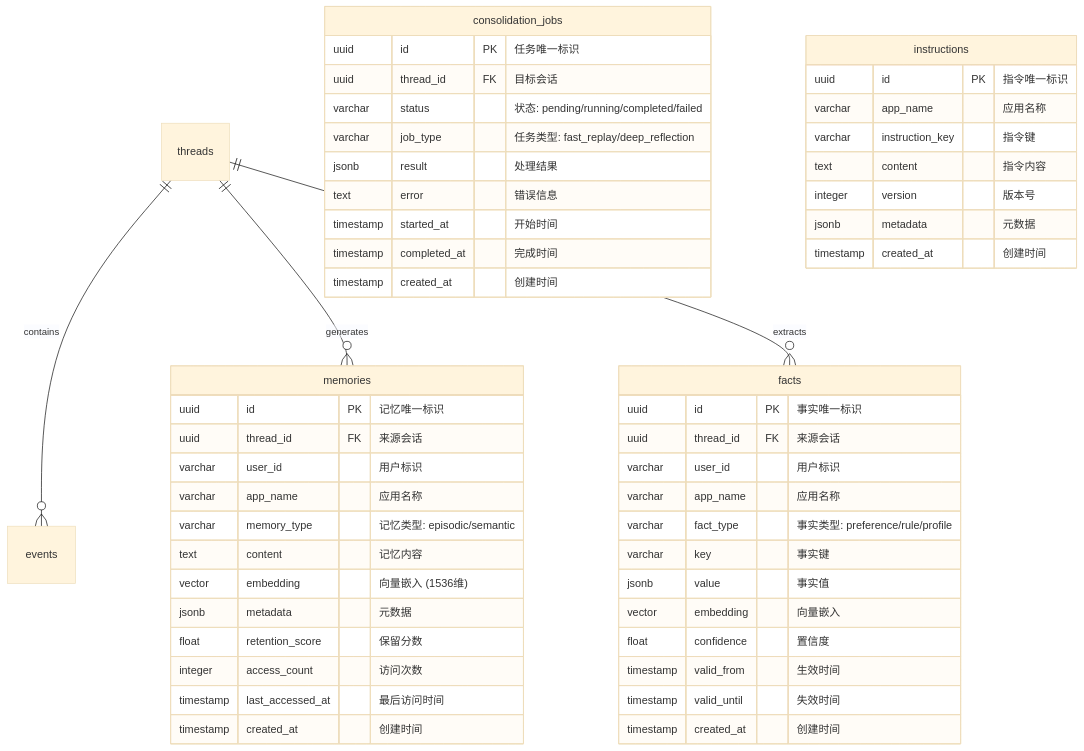
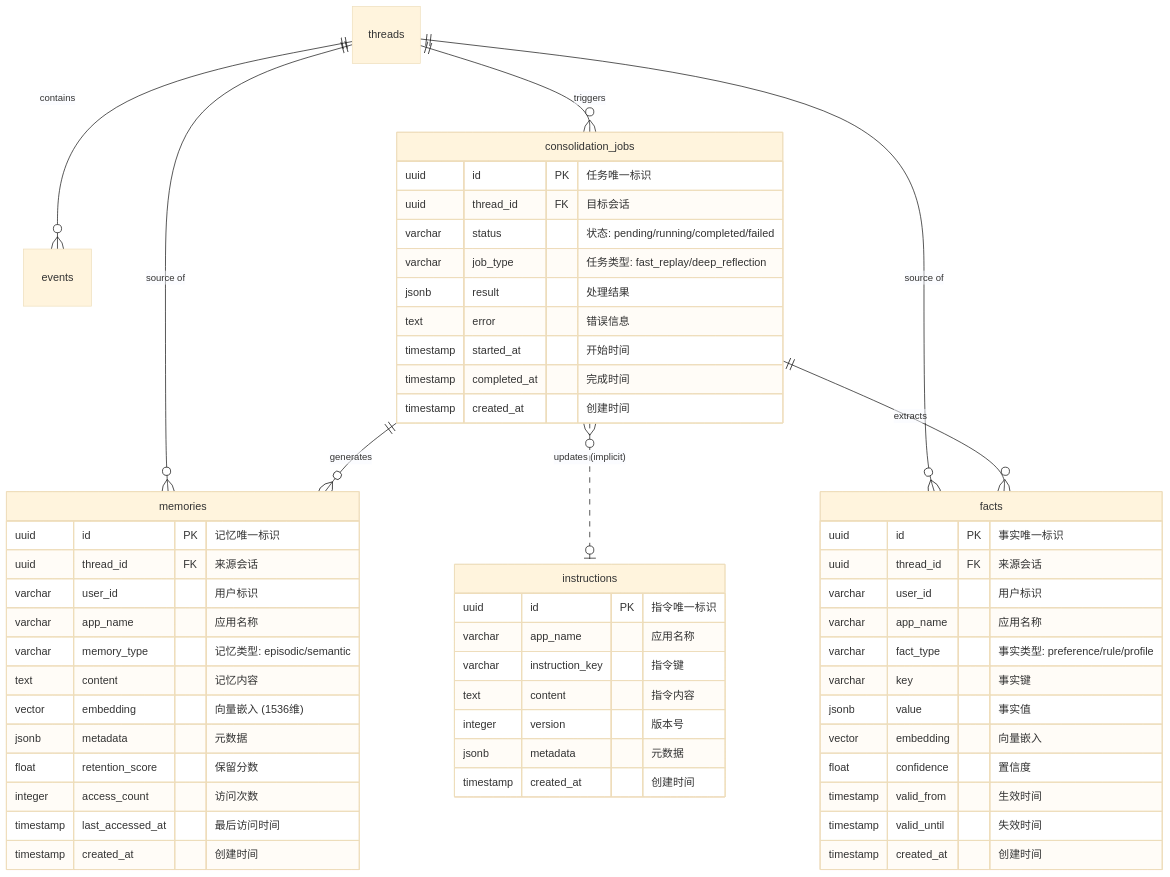
The fourth of 7 diagrams in docs/engine/020-the-hippocampus.md (ThreeFish-AI/agentic-ai-cognizes), drawn with Mermaid (base theme) before and after one commit. The commit also changed other lines of this file, not shown here.

````diff
--- a/docs/engine/020-the-hippocampus.md
+++ b/docs/engine/020-the-hippocampus.md
@@ -417,58 +328,67 @@
 ```mermaid
 erDiagram
+    %% Core Relationships
     threads ||--o{ events : contains
-    threads ||--o{ memories : generates
-    threads ||--o{ facts : extracts
+    threads ||--o{ consolidation_jobs : triggers
+
+    %% Process Flow: Inflow
+    consolidation_jobs ||--o{ memories : generates
+    consolidation_jobs ||--o{ facts : extracts
+    consolidation_jobs }o..o| instructions : "updates (implicit)"
+
+    %% Data Ownership (FKs)
+    threads ||--o{ memories : "source of"
+    threads ||--o{ facts : "source of"
 
     memories {
         uuid id PK "记忆唯一标识"
         uuid thread_id FK "来源会话"
         varchar user_id "用户标识"
         varchar app_name "应用名称"
         varchar memory_type "记忆类型: episodic/semantic"
         text content "记忆内容"
         vector embedding "向量嵌入 (1536维)"
         jsonb metadata "元数据"
         float retention_score "保留分数"
         integer access_count "访问次数"
         timestamp last_accessed_at "最后访问时间"
         timestamp created_at "创建时间"
     }
 
     facts {
         uuid id PK "事实唯一标识"
         uuid thread_id FK "来源会话"
         varchar user_id "用户标识"
         varchar app_name "应用名称"
         varchar fact_type "事实类型: preference/rule/profile"
         varchar key "事实键"
         jsonb value "事实值"
         vector embedding "向量嵌入"
         float confidence "置信度"
         timestamp valid_from "生效时间"
         timestamp valid_until "失效时间"
         timestamp created_at "创建时间"
     }
 
     consolidation_jobs {
         uuid id PK "任务唯一标识"
         uuid thread_id FK "目标会话"
         varchar status "状态: pending/running/completed/failed"
         varchar job_type "任务类型: fast_replay/deep_reflection"
         jsonb result "处理结果"
         text error "错误信息"
         timestamp started_at "开始时间"
         timestamp completed_at "完成时间"
         timestamp created_at "创建时间"
     }
 
     instructions {
         uuid id PK "指令唯一标识"
         varchar app_name "应用名称"
         varchar instruction_key "指令键"
         text content "指令内容"
         integer version "版本号"
         jsonb metadata "元数据"
         timestamp created_at "创建时间"
     }
 ```
````
